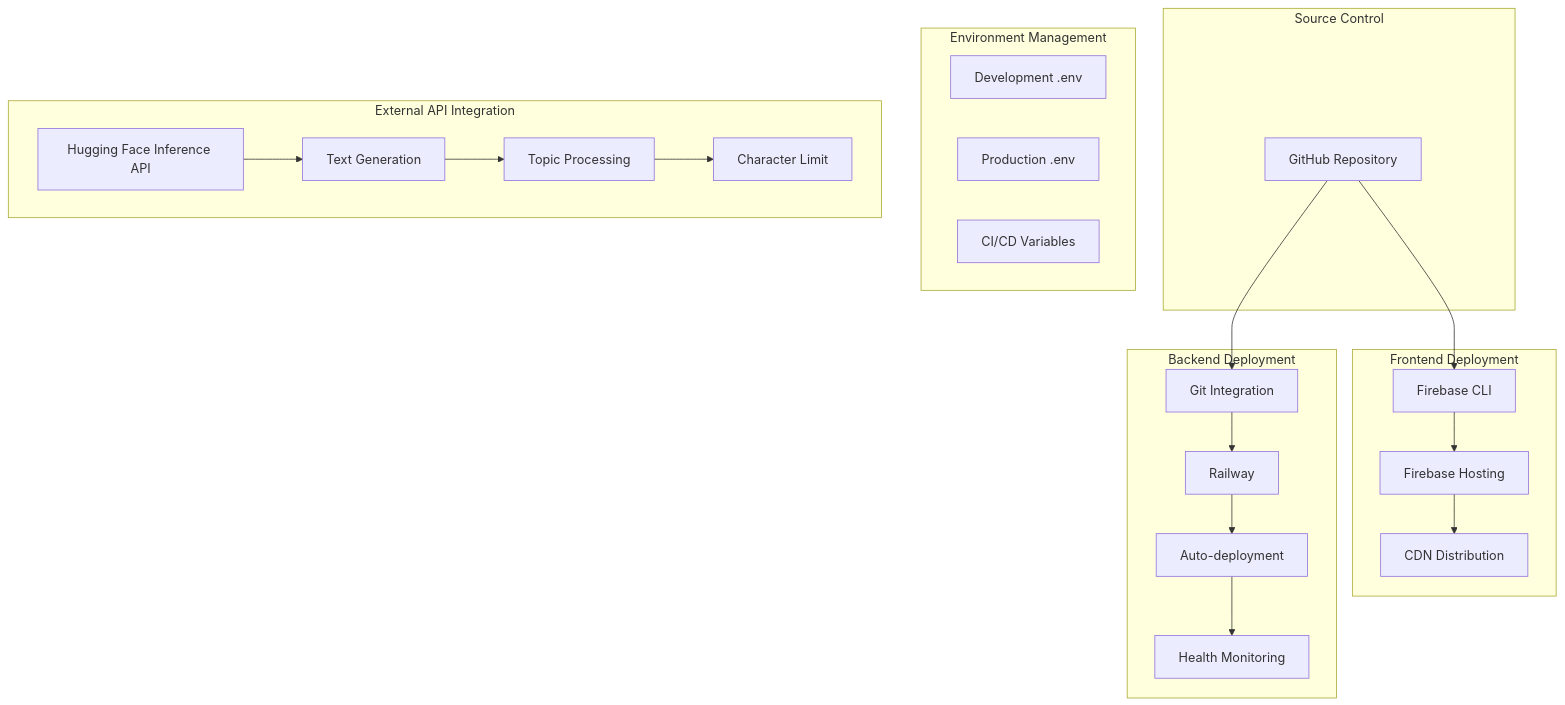
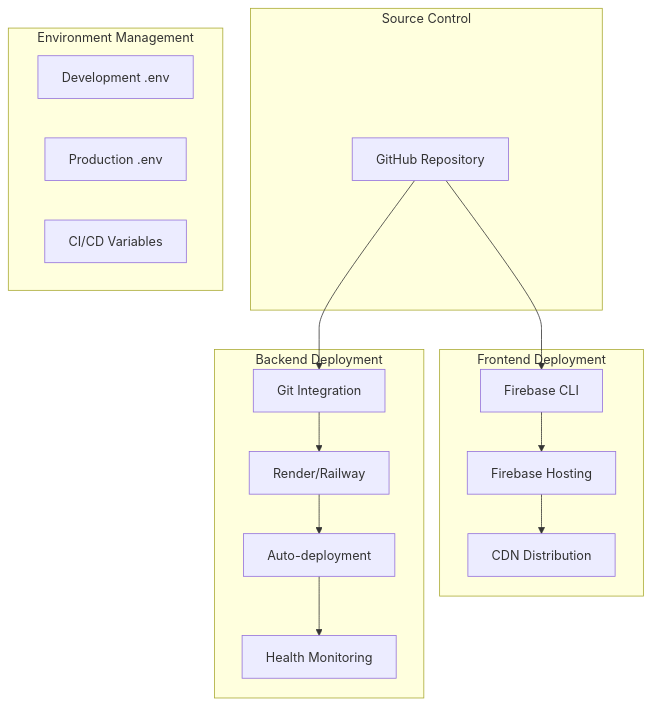
One commit to souzabruno01/CapyType-Race changed the sixth of 6 diagrams in capytype/ARCHITECTURE.md. Above: the diagram before and after it, drawn with Mermaid. The commit also changed other lines of this file and 1 other file, not shown here.

````diff
--- a/capytype/ARCHITECTURE.md
+++ b/capytype/ARCHITECTURE.md
@@ -298,32 +215,26 @@
 ```mermaid
 graph TB
     subgraph "Source Control"
         A[GitHub Repository]
     end
     
     subgraph "Frontend Deployment"
         B[Firebase CLI] --> C[Firebase Hosting]
         C --> D[CDN Distribution]
     end
     
     subgraph "Backend Deployment"
-        E[Git Integration] --> F[Railway]
+        E[Git Integration] --> F[Render/Railway]
         F --> G[Auto-deployment]
         G --> H[Health Monitoring]
     end
     
     A --> B
     A --> E
     
     subgraph "Environment Management"
         I[Development .env]
         J[Production .env]
         K[CI/CD Variables]
     end
-    
-    subgraph "External API Integration"
-        L[Hugging Face Inference API] --> M[Text Generation]
-        M --> N[Topic Processing]
-        N --> O[Character Limit]
-    end
 ```
````
